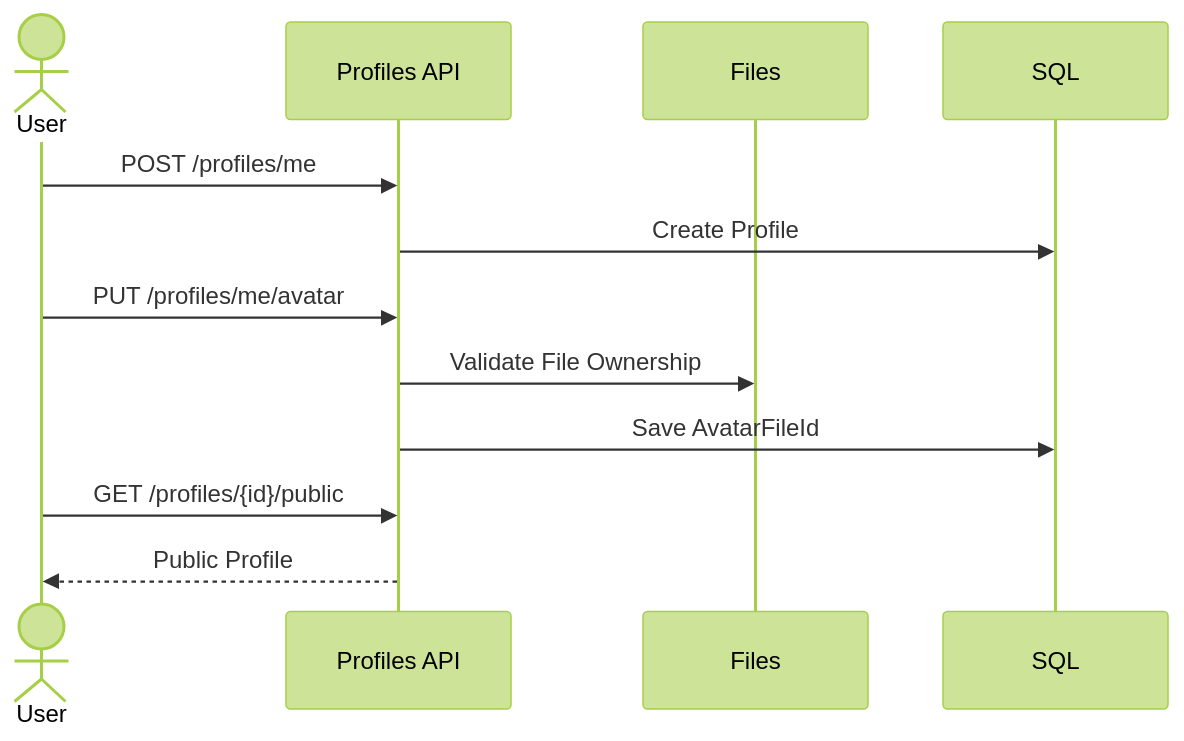
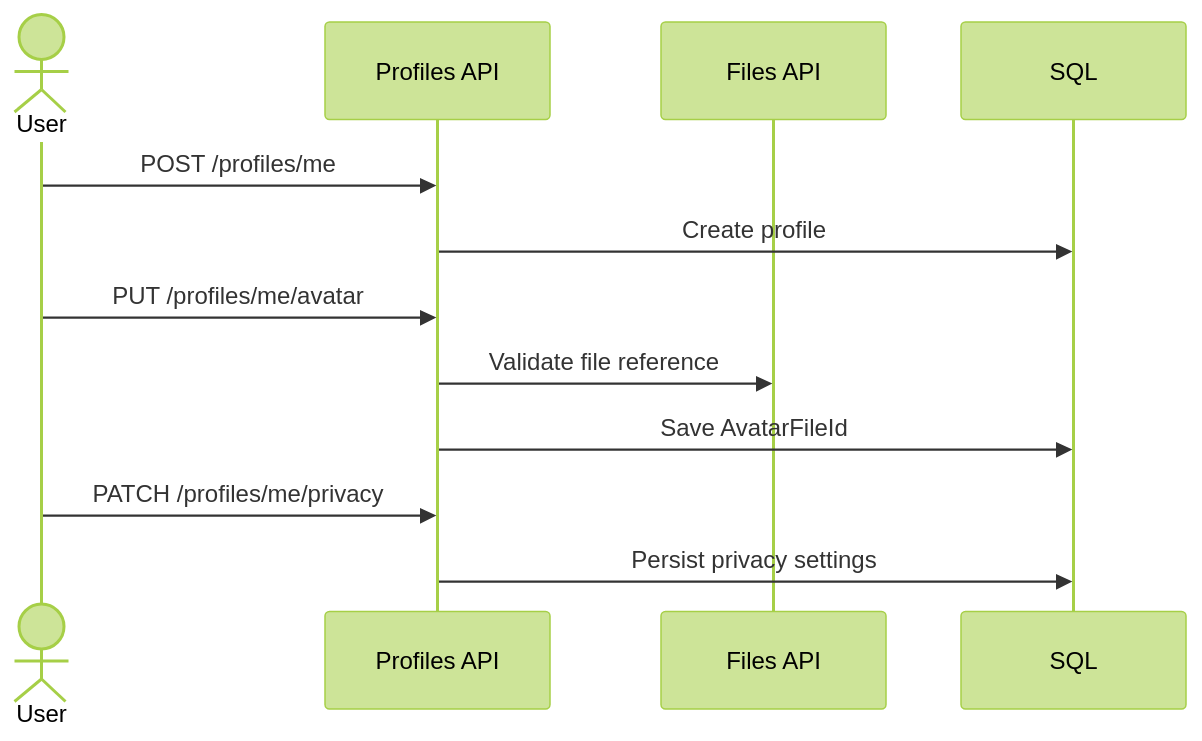
The fourth of 15 diagrams in docs/modules/Usage-and-Workflows-fa.md (FarhadAhmadi/CleanArchitecture-Base), drawn with Mermaid (forest theme) before and after one commit. The commit also changed other lines of this file and 12 other files, not shown here.

````diff
--- a/docs/modules/Usage-and-Workflows-fa.md
+++ b/docs/modules/Usage-and-Workflows-fa.md
@@ -83,14 +162,14 @@
 ```mermaid
 sequenceDiagram
     actor User
-    participant API as Profiles API
-    participant F as Files
+    participant P as Profiles API
+    participant F as Files API
     participant DB as SQL
-    User->>API: POST /profiles/me
-    API->>DB: Create Profile
-    User->>API: PUT /profiles/me/avatar
-    API->>F: Validate File Ownership
-    API->>DB: Save AvatarFileId
-    User->>API: GET /profiles/{id}/public
-    API-->>User: Public Profile
+    User->>P: POST /profiles/me
+    P->>DB: Create profile
+    User->>P: PUT /profiles/me/avatar
+    P->>F: Validate file reference
+    P->>DB: Save AvatarFileId
+    User->>P: PATCH /profiles/me/privacy
+    P->>DB: Persist privacy settings
 ```
````
